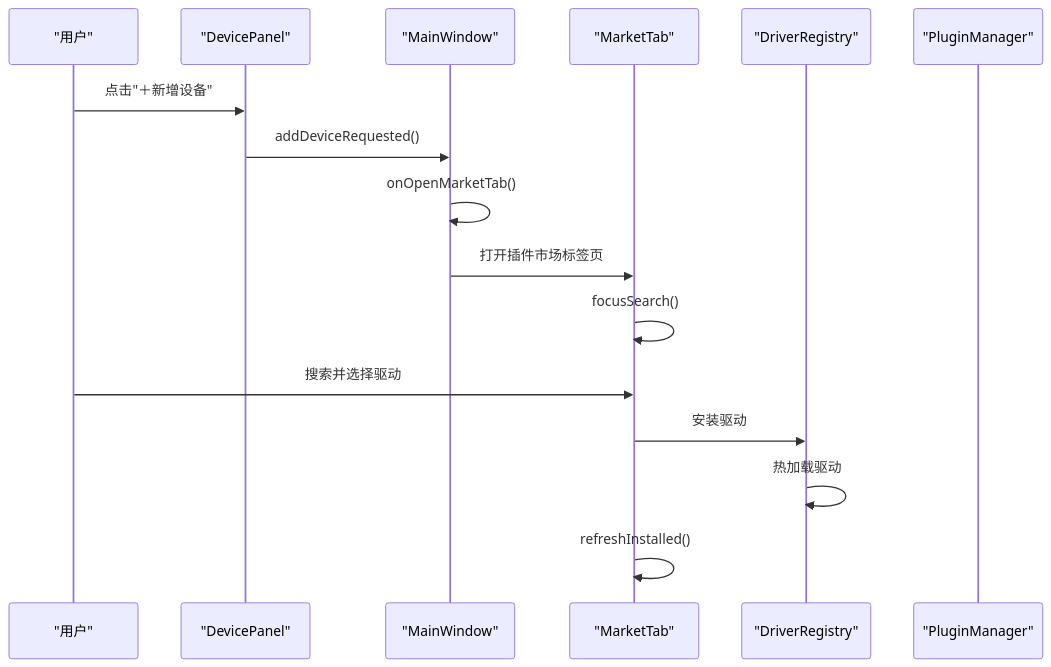
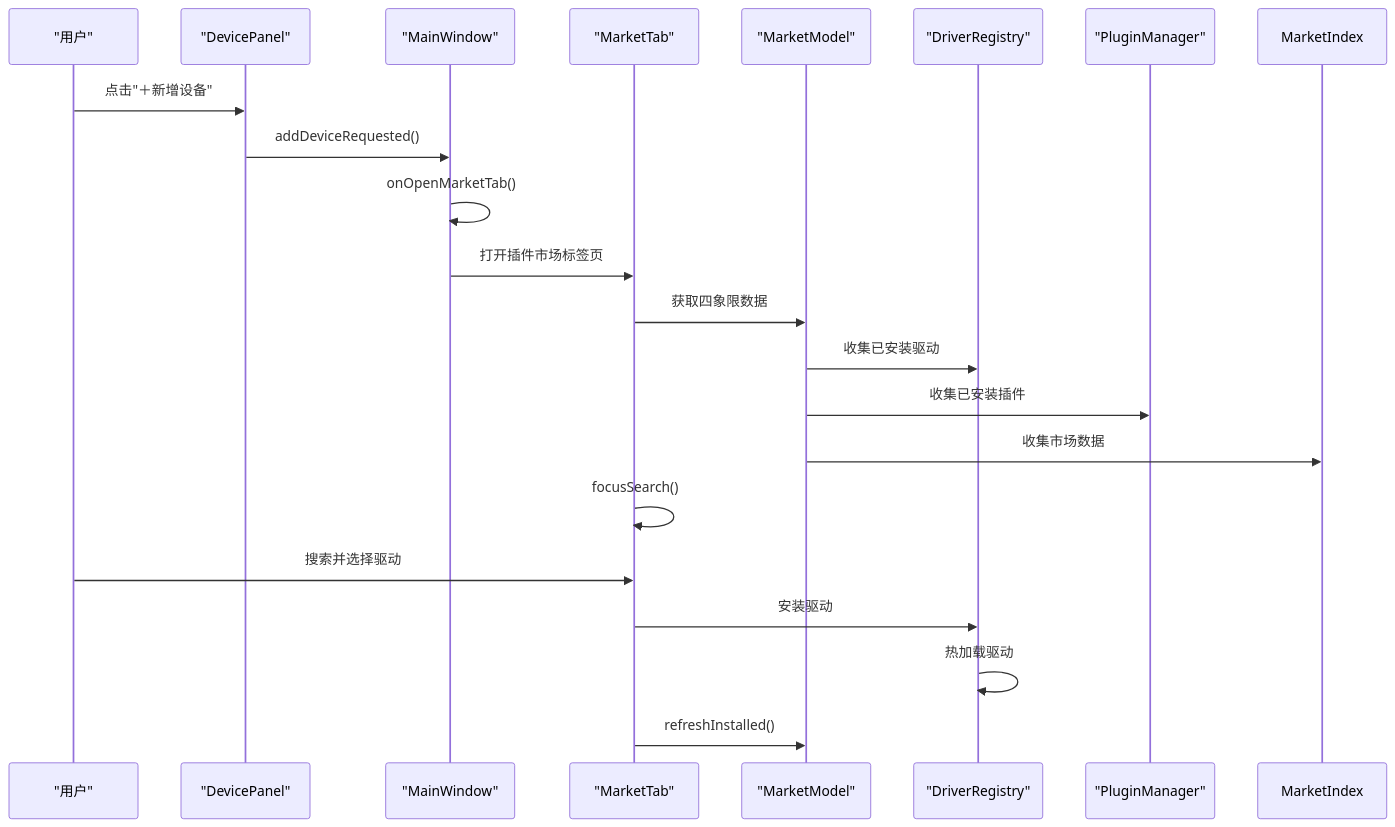
The ninth of 13 diagrams in .qoder/repowiki/zh/content/核心模块详解/主窗口组件.md (jakecai1225-design/OpenBus), drawn with Mermaid before and after one commit. The commit also changed other lines of this file and 67 other files, not shown here.

````diff
--- a/.qoder/repowiki/zh/content/核心模块详解/主窗口组件.md
+++ b/.qoder/repowiki/zh/content/核心模块详解/主窗口组件.md
@@ -556,18 +586,23 @@
 ```mermaid
 sequenceDiagram
 participant User as "用户"
 participant DP as "DevicePanel"
 participant MW as "MainWindow"
 participant MT as "MarketTab"
+participant MM as "MarketModel"
 participant DM as "DriverRegistry"
 participant PM as "PluginManager"
 User->>DP : 点击"＋新增设备"
 DP->>MW : addDeviceRequested()
 MW->>MW : onOpenMarketTab()
 MW->>MT : 打开插件市场标签页
+MT->>MM : 获取四象限数据
+MM->>DM : 收集已安装驱动
+MM->>PM : 收集已安装插件
+MM->>MarketIndex : 收集市场数据
 MT->>MT : focusSearch()
 User->>MT : 搜索并选择驱动
 MT->>DM : 安装驱动
 DM->>DM : 热加载驱动
-MT->>MT : refreshInstalled()
+MT->>MM : refreshInstalled()
 ```
````
